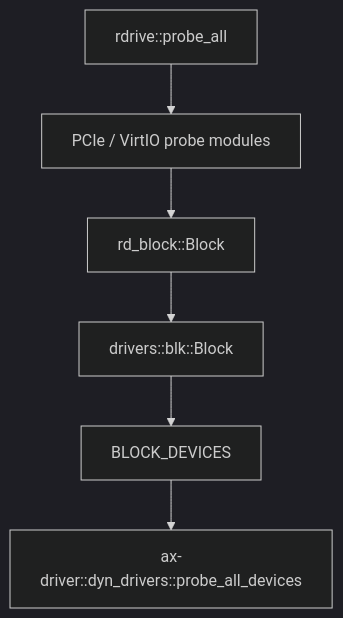
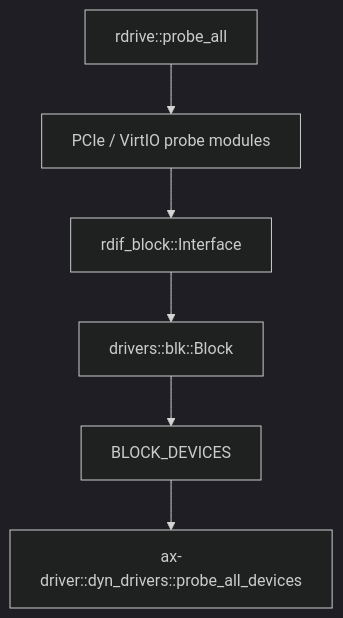
One commit to rcore-os/tgoskits changed the second of 3 diagrams in docs/docs/components/crates/axplat-dyn.md. Above: the diagram before and after it, drawn with Mermaid (dark theme). The commit also changed other lines of this file and 59 other files, not shown here.

````diff
--- a/docs/docs/components/crates/axplat-dyn.md
+++ b/docs/docs/components/crates/axplat-dyn.md
@@ -138,8 +138,8 @@
 ```mermaid
 flowchart TD
     A[rdrive::probe_all] --> B[PCIe / VirtIO probe modules]
-    B --> C[rd_block::Block]
+    B --> C[rdif_block::Interface]
     C --> D[drivers::blk::Block]
     D --> E[BLOCK_DEVICES]
     E --> F[ax-driver::dyn_drivers::probe_all_devices]
 ```
````
